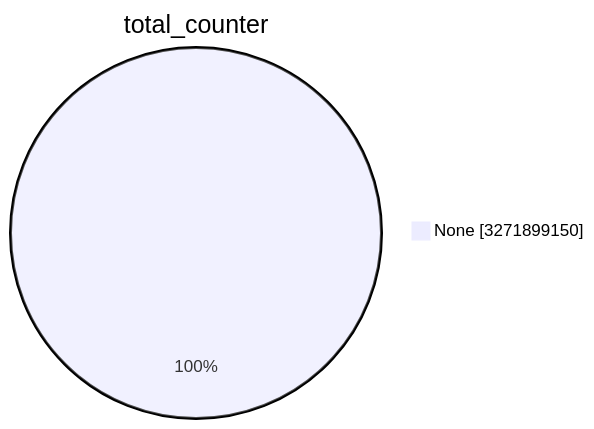
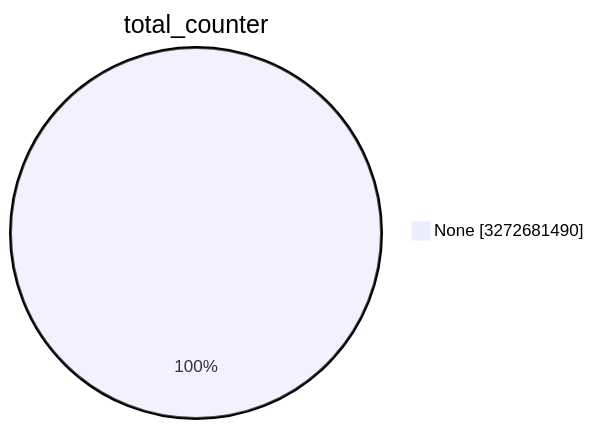
One commit to christiankrug/ctmonitor_visualization changed the first of 15 diagrams in TOTAL/README.md. Above: the diagram before and after it, drawn with Mermaid. The commit also changed other lines of this file, not shown here.

````diff
--- a/TOTAL/README.md
+++ b/TOTAL/README.md
@@ -1,5 +1,5 @@
 ```mermaid
 pie showData
 title total_counter
-"None" :3271899150
+"None" :3272681490
 ```
````
